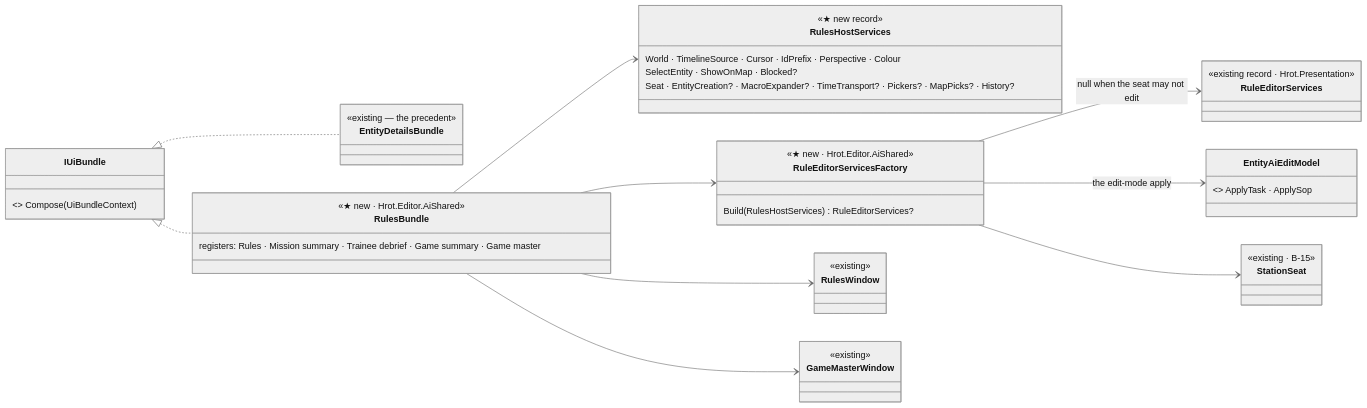
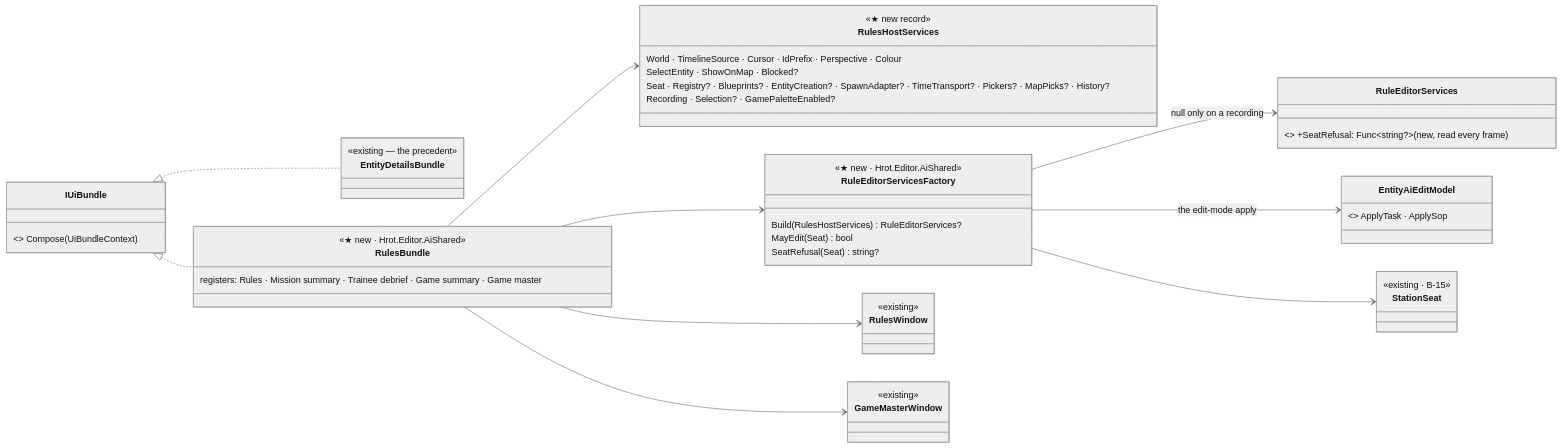
Before and after one commit to pjanec/HROT: the first of 3 diagrams in docs/UX/DESIGN_Rules_Bundle.md, drawn with Mermaid (neutral theme). The commit also changed other lines of this file and 12 other files, not shown here.

First line of the commit message:
CE-4292 R1-R3: the rules windows as ONE bundle every host composes; editing decided by the seat

````diff
--- a/docs/UX/DESIGN_Rules_Bundle.md
+++ b/docs/UX/DESIGN_Rules_Bundle.md
@@ -44,34 +44,37 @@
 ```mermaid
 classDiagram
   direction LR
   class IUiBundle { <<existing · Fdp.Presentation>> Compose(UiBundleContext) }
   class EntityDetailsBundle { <<existing — the precedent>> }
   class RulesBundle {
     <<★ new · Hrot.Editor.AiShared>>
     registers: Rules · Mission summary · Trainee debrief · Game summary · Game master
   }
   class RulesHostServices {
     <<★ new record>>
     World · TimelineSource · Cursor · IdPrefix · Perspective · Colour
     SelectEntity · ShowOnMap · Blocked?
-    Seat · EntityCreation? · MacroExpander? · TimeTransport? · Pickers? · MapPicks? · History?
+    Seat · Registry? · Blueprints? · EntityCreation? · SpawnAdapter? · TimeTransport? · Pickers? · MapPicks? · History?
+    Recording · Selection? · GamePaletteEnabled?
   }
   class RuleEditorServicesFactory {
     <<★ new · Hrot.Editor.AiShared>>
     Build(RulesHostServices) RuleEditorServices?
+    MayEdit(Seat) bool
+    SeatRefusal(Seat) string?
   }
-  class RuleEditorServices { <<existing record · Hrot.Presentation>> }
+  class RuleEditorServices { <<existing record · Hrot.Presentation>> +SeatRefusal: Func~string?~ (new, read every frame) }
   class EntityAiEditModel { <<existing · MOVED Hrot.Editor → Hrot.Editor.AiShared>> ApplyTask · ApplySop }
   class RulesWindow { <<existing>> }
   class GameMasterWindow { <<existing>> }
   class StationSeat { <<existing · B-15>> }
   IUiBundle <|.. RulesBundle
   IUiBundle <|.. EntityDetailsBundle
   RulesBundle --> RulesHostServices
   RulesBundle --> RuleEditorServicesFactory
-  RuleEditorServicesFactory --> RuleEditorServices : null when the seat may not edit
+  RuleEditorServicesFactory --> RuleEditorServices : null only on a recording
   RuleEditorServicesFactory --> EntityAiEditModel : the edit-mode apply
   RuleEditorServicesFactory --> StationSeat
   RulesBundle --> RulesWindow
   RulesBundle --> GameMasterWindow
 ```
````
